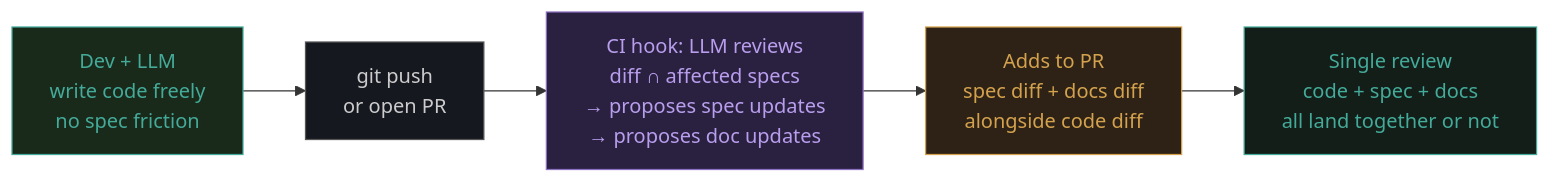
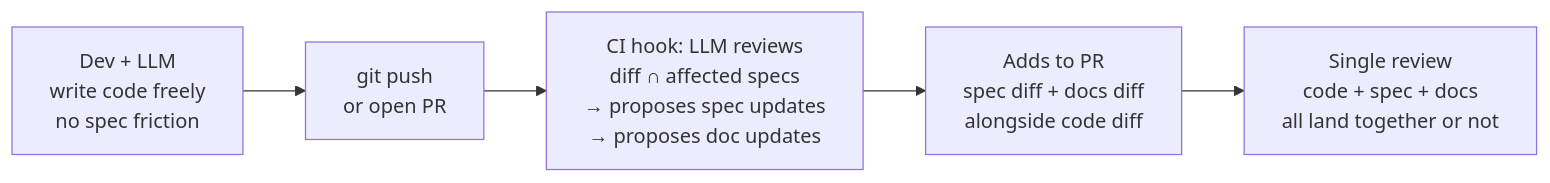
The tenth of 13 diagrams in docs-site/src/content/docs/background/design-diagrams.md (davidroeca/NotarAI), drawn with Mermaid before and after one commit. The commit also changed other lines of this file and 12 other files, not shown here.

First line of the commit message:
Update docs site - mermaid rendering

````diff
--- a/docs-site/src/content/docs/background/design-diagrams.md
+++ b/docs-site/src/content/docs/background/design-diagrams.md
@@ -258,16 +205,10 @@
 ```mermaid
 flowchart LR
     S1["Dev + LLM<br/>write code freely<br/>no spec friction"]
     S2["git push<br/>or open PR"]
     S3["CI hook: LLM reviews<br/>diff ∩ affected specs<br/>→ proposes spec updates<br/>→ proposes doc updates"]
     S4["Adds to PR<br/>spec diff + docs diff<br/>alongside code diff"]
     S5["Single review<br/>code + spec + docs<br/>all land together or not"]
 
     S1 --> S2 --> S3 --> S4 --> S5
-
-    style S1 fill:#1a2a1a,stroke:#4a9,color:#4a9
-    style S2 fill:#161820,stroke:#555,color:#ccc
-    style S3 fill:#2a2040,stroke:#8b6fc0,color:#b89eed
-    style S4 fill:#2d2215,stroke:#d4a24e,color:#d4a24e
-    style S5 fill:#131e18,stroke:#4a9,color:#4a9
 ```
````
